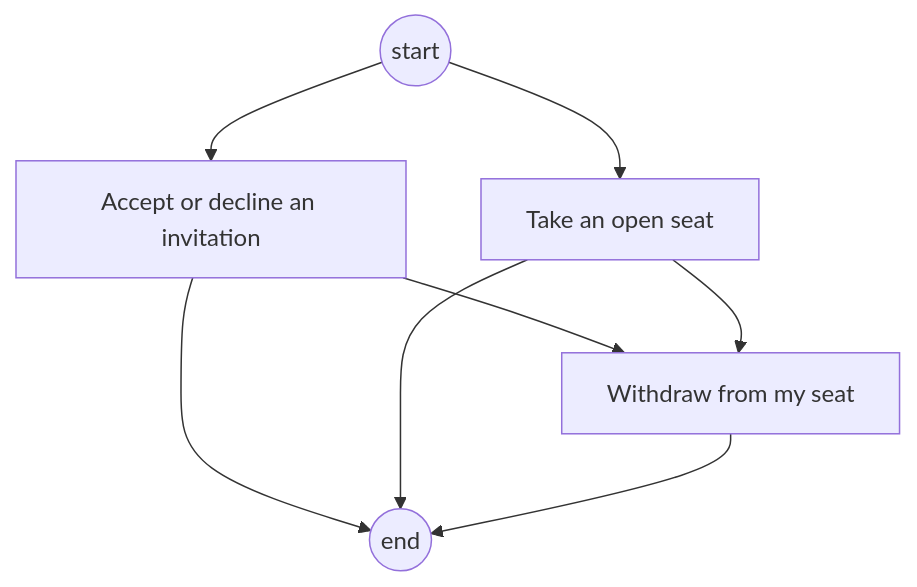
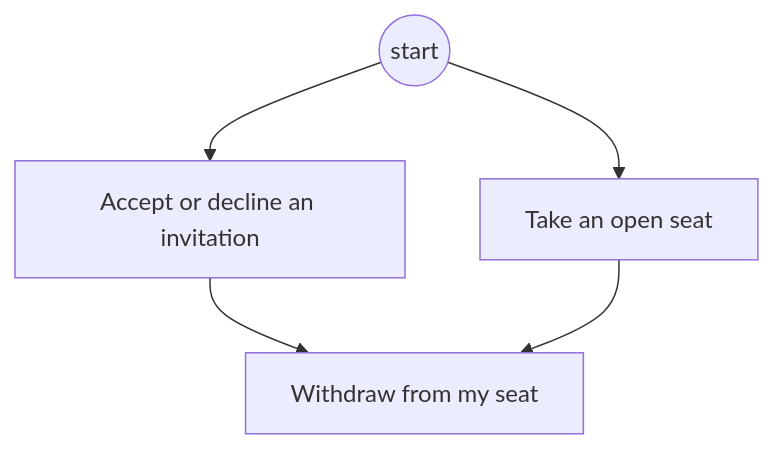
One commit to delphside/programme changed the tenth of 29 diagrams in docs/changes/workstreams/application-game-architecture/71-one-game-model/71-functional.md. Above: the diagram before and after it, drawn with Mermaid. The commit also changed other lines of this file, not shown here.

First line of the commit message:
app 0.9.2 api 2.16: 71: activity diagrams drop their explicit end nodes

````diff
--- a/docs/changes/workstreams/application-game-architecture/71-one-game-model/71-functional.md
+++ b/docs/changes/workstreams/application-game-architecture/71-one-game-model/71-functional.md
@@ -242,10 +218,7 @@
 ```mermaid
 flowchart TD
   s0((start)) --> a1["Accept or decline an invitation"]
   s0 --> a2["Take an open seat"]
   a1 --> a3["Withdraw from my seat"]
   a2 --> a3
-  a1 --> e0((end))
-  a2 --> e0
-  a3 --> e0
 ```
````
